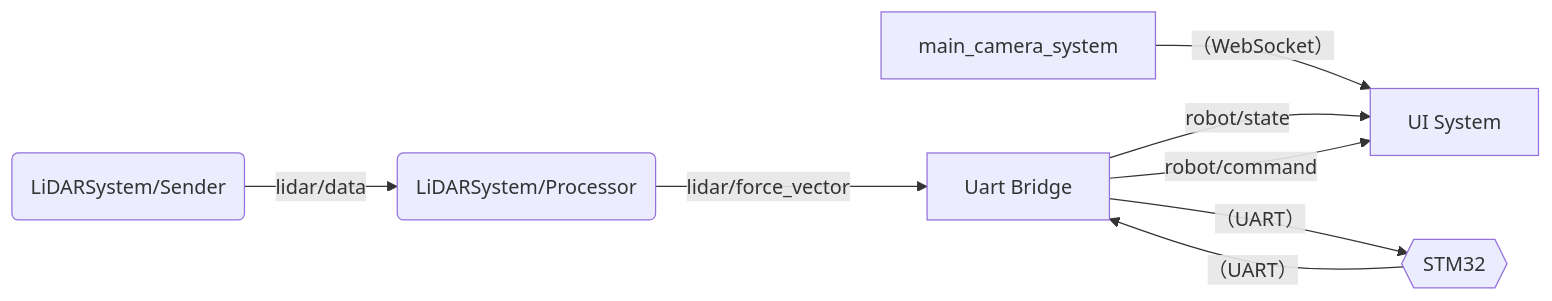
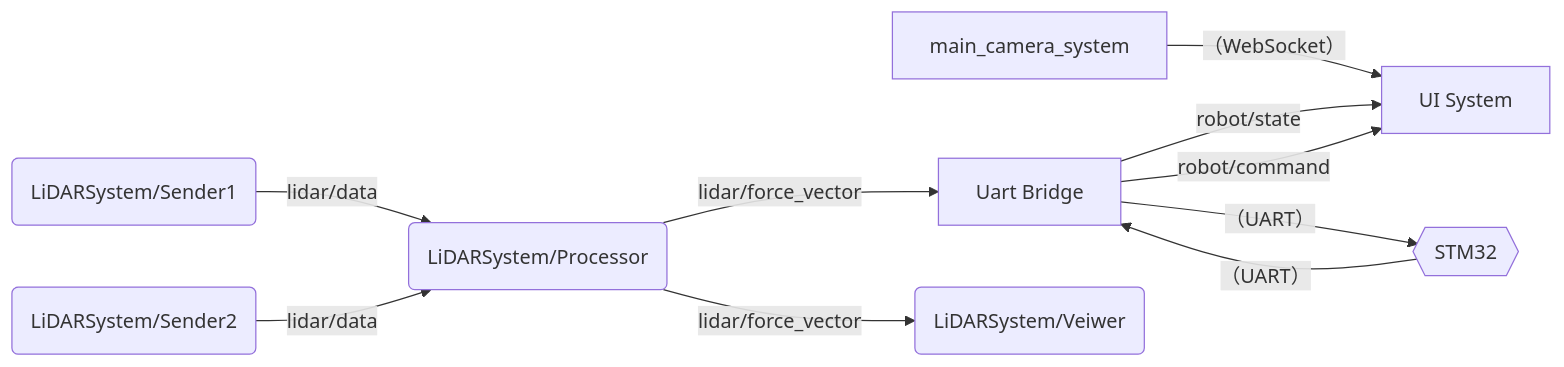
One commit to CoRE-MA-KING/roboapp changed the diagram in README.md. Above: the diagram before and after it, drawn with Mermaid. The commit also changed other lines of this file, not shown here.

````diff
--- a/README.md
+++ b/README.md
@@ -71,18 +71,22 @@
 ```mermaid
     flowchart LR
 
     A[main_camera_system]
     B[UI System]
     U[Uart Bridge]
     M{{STM32}}
-    LS(LiDARSystem/Sender)
+    LS1(LiDARSystem/Sender1)
+    LS2(LiDARSystem/Sender2)
     LP(LiDARSystem/Processor)
+    LV(LiDARSystem/Veiwer)
 
     A -- （WebSocket）--> B
     U -- robot/state --> B
     U -- robot/command --> B
-    LS -- lidar/data --> LP
+    LS1 -- lidar/data --> LP
+    LS2 -- lidar/data --> LP
     LP -- lidar/force_vector --> U
+    LP -- lidar/force_vector --> LV
     U -- （UART） --> M
     M -- （UART） --> U
 ```
````
